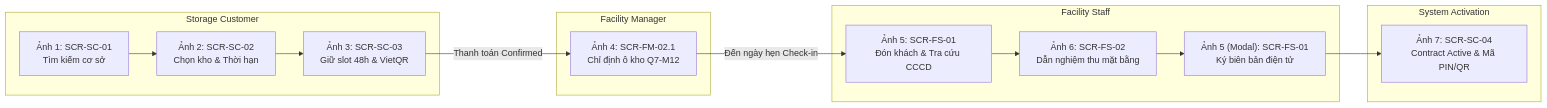
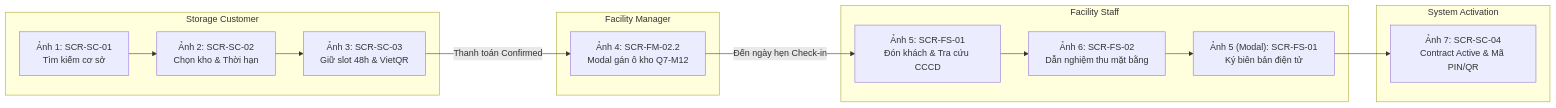
One commit to Nguyen-Van-Gia-Binh/Self-Storage-Facility-Rental-and-Management-System changed the first of 3 diagrams in docs/UI-FLOW-MAPPING.md. Above: the diagram before and after it, drawn with Mermaid. The commit also changed other lines of this file and 1 other file, not shown here.

Commit message:
docs(unit): tích hợp modal SCR-FM-02.2 gán ô kho vào kịch bản demo (#16)

````diff
--- a/docs/UI-FLOW-MAPPING.md
+++ b/docs/UI-FLOW-MAPPING.md
@@ -26,18 +26,18 @@
 ```mermaid
 graph LR
     subgraph Storage Customer
         S1["Ảnh 1: SCR-SC-01<br>Tìm kiếm cơ sở"] --> S2["Ảnh 2: SCR-SC-02<br>Chọn kho & Thời hạn"]
         S2 --> S3["Ảnh 3: SCR-SC-03<br>Giữ slot 48h & VietQR"]
     end
     subgraph Facility Manager
-        S3 -->|"Thanh toán Confirmed"| S4["Ảnh 4: SCR-FM-02.1<br>Chỉ định ô kho Q7-M12"]
+        S3 -->|"Thanh toán Confirmed"| S4["Ảnh 4: SCR-FM-02.2<br>Modal gán ô kho Q7-M12"]
     end
     subgraph Facility Staff
         S4 -->|"Đến ngày hẹn Check-in"| S5["Ảnh 5: SCR-FS-01<br>Đón khách & Tra cứu CCCD"]
         S5 --> S6["Ảnh 6: SCR-FS-02<br>Dẫn nghiệm thu mặt bằng"]
         S6 --> S5_sign["Ảnh 5 (Modal): SCR-FS-01<br>Ký biên bản điện tử"]
     end
     subgraph System Activation
         S5_sign --> S7["Ảnh 7: SCR-SC-04<br>Contract Active & Mã PIN/QR"]
     end
 ```
````
